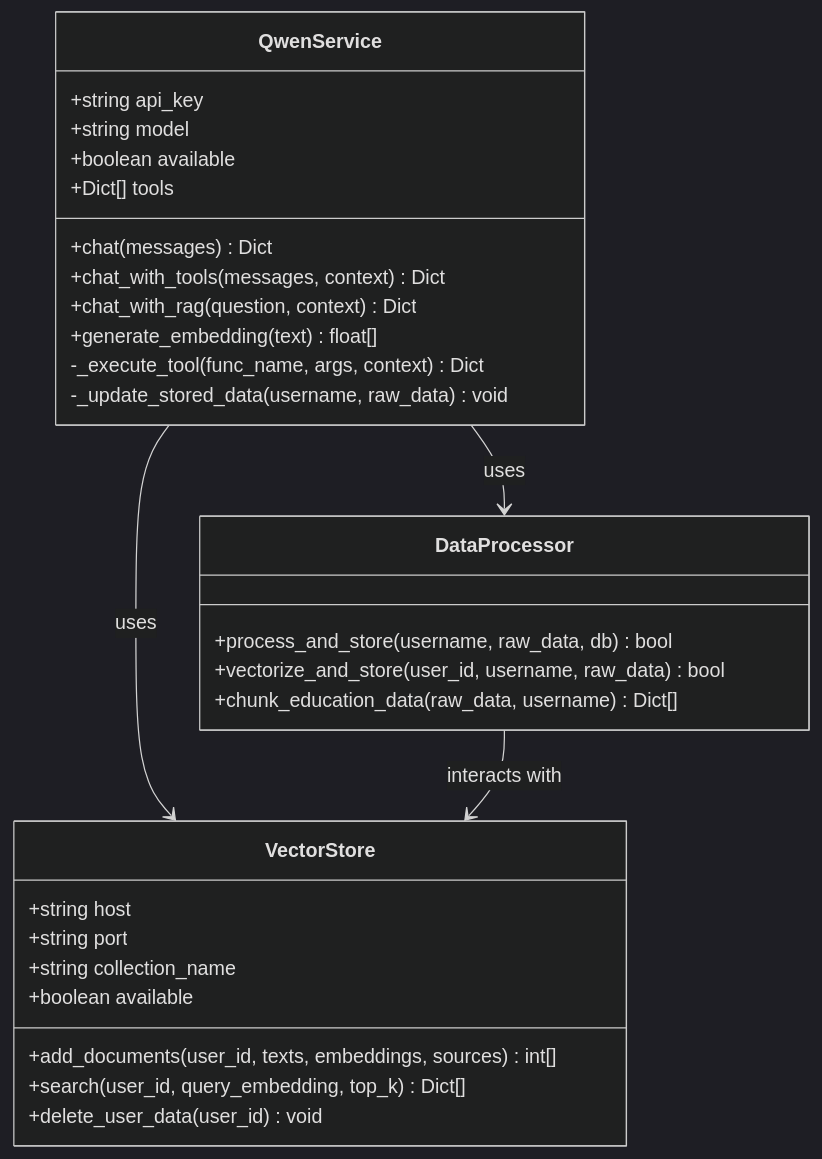
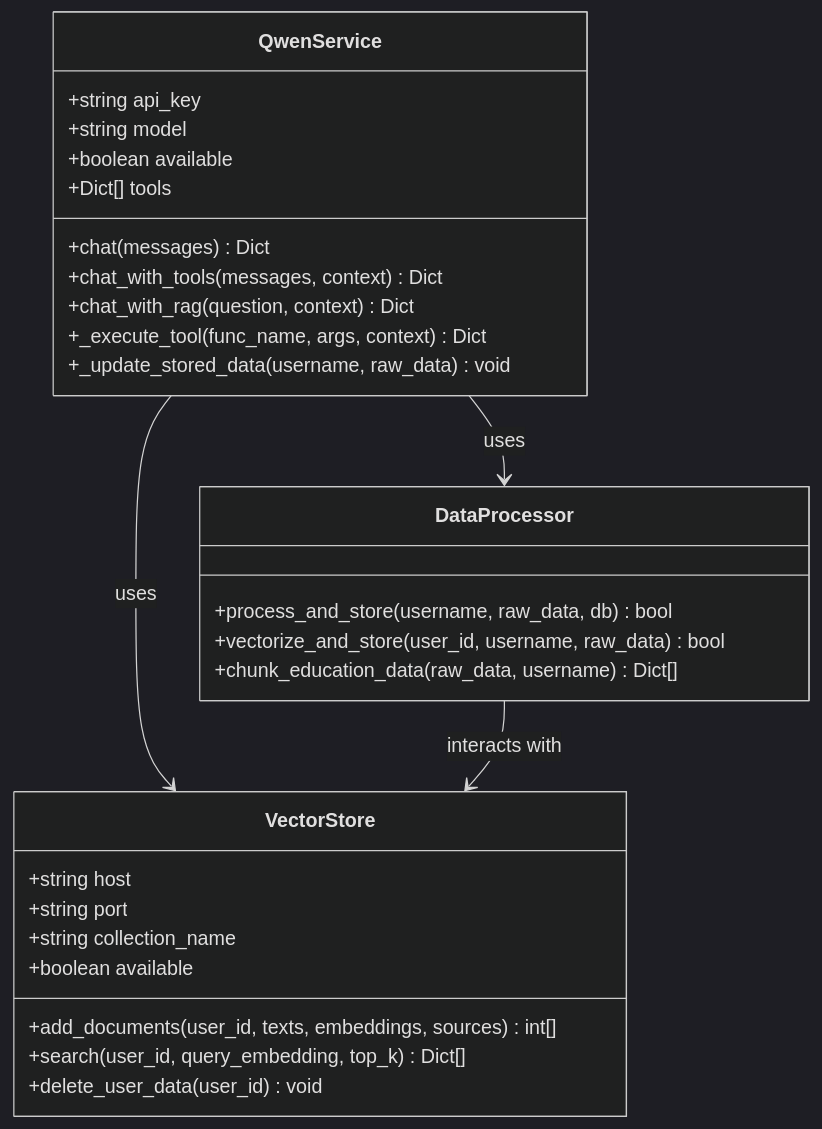
The eighth of 12 diagrams in .qoder/repowiki/zh/content/后端API文档/数据处理服务.md (ghbbn053-ship-itsoulddog/soulddog), drawn with Mermaid (dark theme) before and after one commit. The commit also changed other lines of this file and 47 other files, not shown here.

````diff
--- a/.qoder/repowiki/zh/content/后端API文档/数据处理服务.md
+++ b/.qoder/repowiki/zh/content/后端API文档/数据处理服务.md
@@ -327,32 +334,31 @@
 ```mermaid
 classDiagram
 class QwenService {
 +string api_key
 +string model
 +boolean available
 +Dict[] tools
 +chat(messages) Dict
 +chat_with_tools(messages, context) Dict
 +chat_with_rag(question, context) Dict
-+generate_embedding(text) float[]
--_execute_tool(func_name, args, context) Dict
--_update_stored_data(username, raw_data) void
++_execute_tool(func_name, args, context) Dict
++_update_stored_data(username, raw_data) void
 }
 class DataProcessor {
 +process_and_store(username, raw_data, db) bool
 +vectorize_and_store(user_id, username, raw_data) bool
 +chunk_education_data(raw_data, username) Dict[]
 }
 class VectorStore {
 +string host
 +string port
 +string collection_name
 +boolean available
 +add_documents(user_id, texts, embeddings, sources) int[]
 +search(user_id, query_embedding, top_k) Dict[]
 +delete_user_data(user_id) void
 }
 QwenService --> DataProcessor : uses
 QwenService --> VectorStore : uses
 DataProcessor --> VectorStore : interacts with
 ```
````
